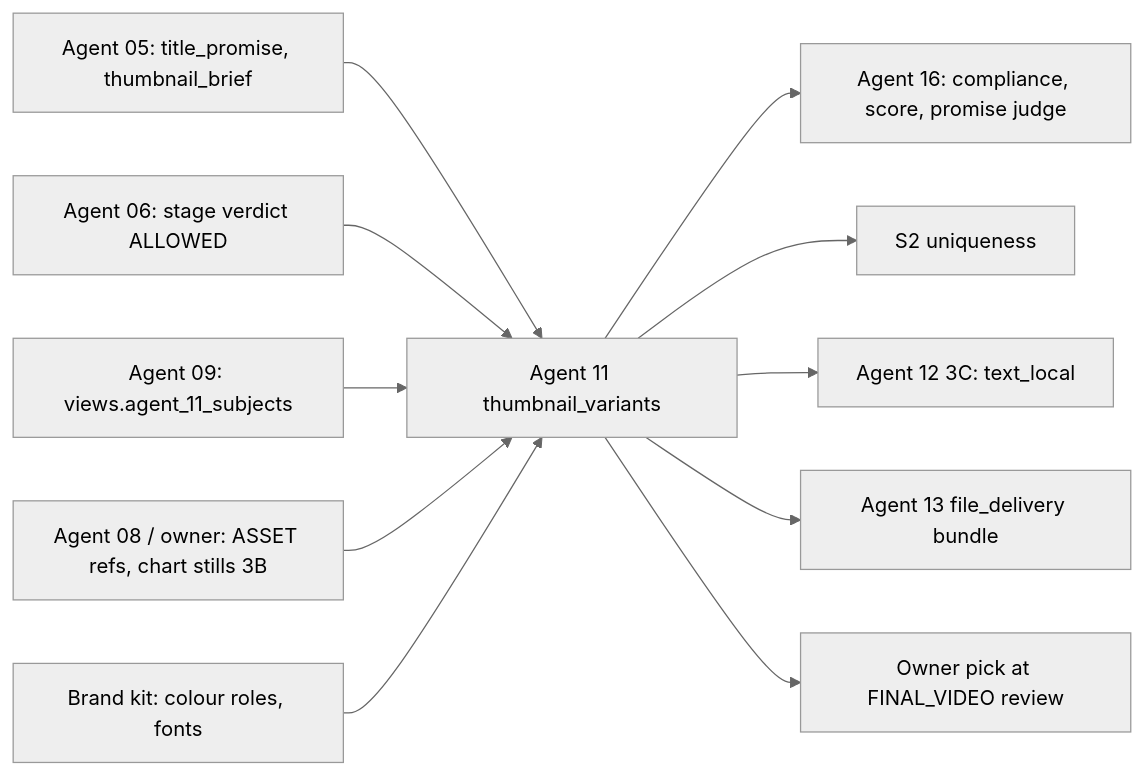
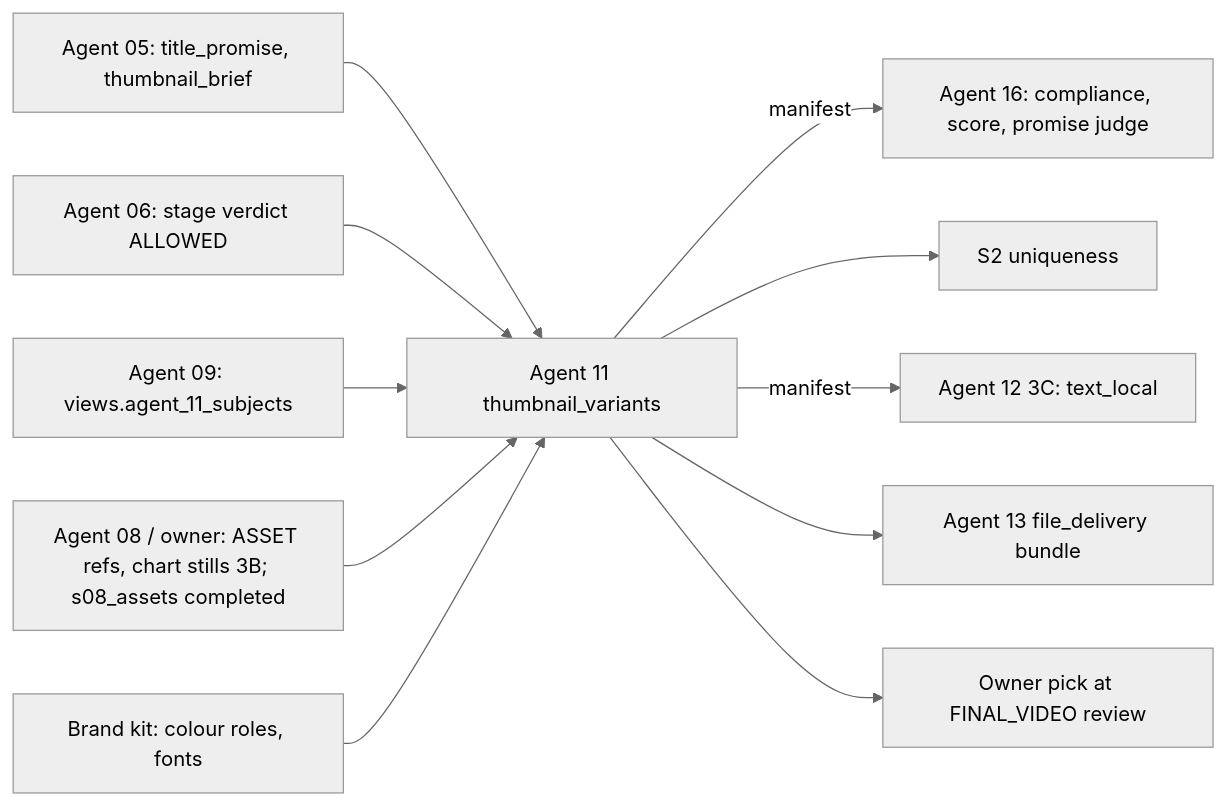
Before and after one commit to abhiwasu007-a11y/Media: the second of 3 diagrams in docs/v4/agents/agent_11_thumbnail_design.md, drawn with Mermaid (neutral theme). The commit also changed other lines of this file and 5 other files, not shown here.

First line of the commit message:
docs(v4): blueprint 11 aligned with merged contracts (manifest, step input schema, revision path, licence rows, fallback rule)

````diff
--- a/docs/v4/agents/agent_11_thumbnail_design.md
+++ b/docs/v4/agents/agent_11_thumbnail_design.md
@@ -160,13 +165,13 @@
 ```mermaid
 flowchart LR
   A05[Agent 05: title_promise, thumbnail_brief] --> A11
   A06[Agent 06: stage verdict ALLOWED] --> A11
   A09[Agent 09: views.agent_11_subjects] --> A11
-  A08[Agent 08 / owner: ASSET refs, chart stills 3B] --> A11
+  A08[Agent 08 / owner: ASSET refs, chart stills 3B; s08_assets completed] --> A11
   BK[Brand kit: colour roles, fonts] --> A11
-  A11[Agent 11 thumbnail_variants] --> A16[Agent 16: compliance, score, promise judge]
+  A11[Agent 11 thumbnail_variants] -->|manifest| A16[Agent 16: compliance, score, promise judge]
   A11 --> S2[S2 uniqueness]
-  A11 --> A12[Agent 12 3C: text_local]
+  A11 -->|manifest| A12[Agent 12 3C: text_local]
   A11 --> BUN[Agent 13 file_delivery bundle]
   A11 --> OWN[Owner pick at FINAL_VIDEO review]
 ```
````
